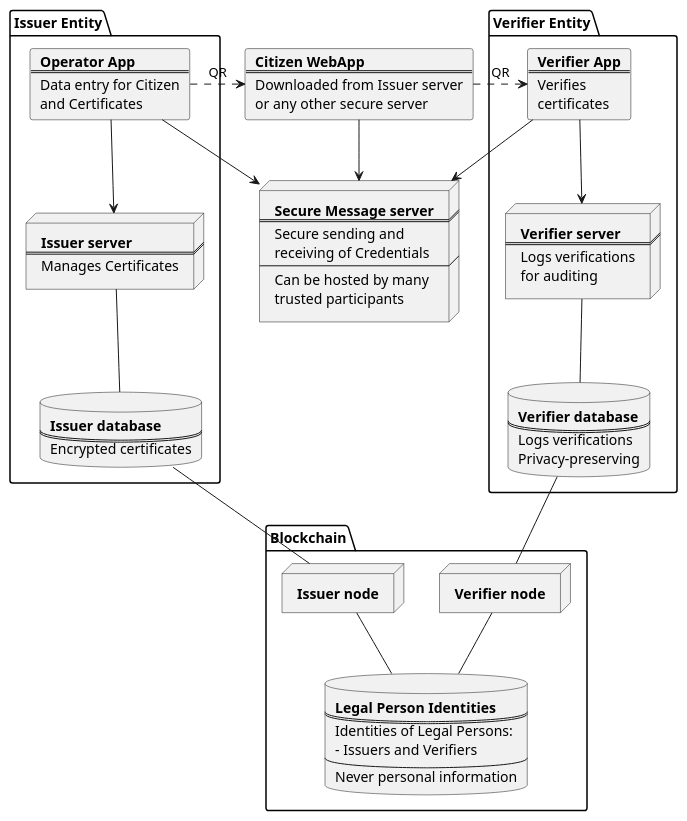
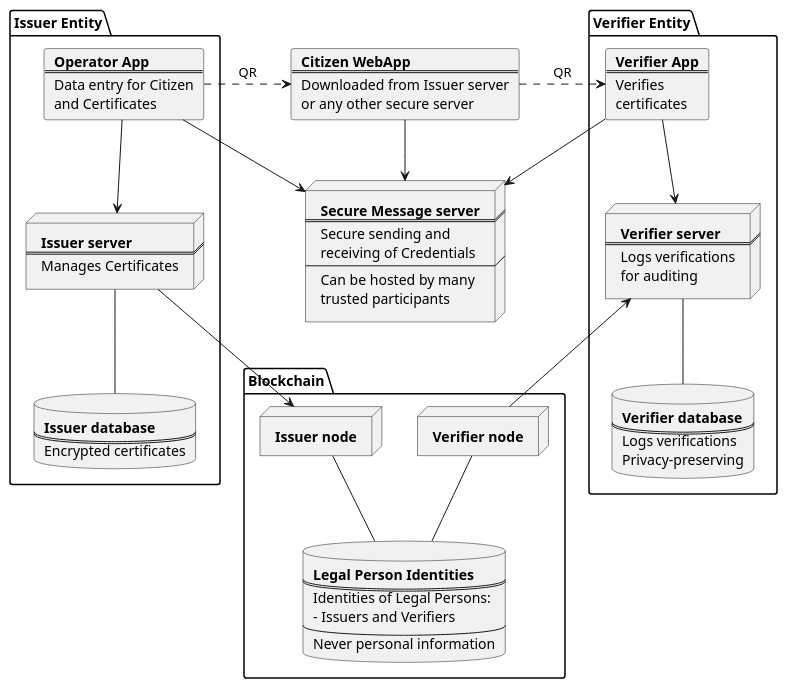
Before and after one commit to kemalbehram/SafeIsland: the diagram in images/SafeIsland_Components.puml, drawn with PlantUML.

```diff
--- a/images/SafeIsland_Components.puml
+++ b/images/SafeIsland_Components.puml
@@ -1,110 +1,110 @@
 @startuml SafeIsland_Components
 package "Issuer Entity" {
 
   card OperatorApp [
     <b>Operator App
     ====
     Data entry for Citizen
     and Certificates
   ]
 
 
   node IssuerServer [
     <b>Issuer server
     ====
     Manages Certificates
   ]
 
   database IssuerDatabase [
     <b>Issuer database
     ====
     Encrypted certificates
   ]
 
 }
 
+  card CitizenApp [
+    <b>Citizen WebApp
+    ====
+    Downloaded from Issuer server
+    or any other secure server
+  ]
+
   node SecureMessageServer [
     <b>Secure Message server
     ====
     Secure sending and
     receiving of Credentials
     ---
     Can be hosted by many
     trusted participants
   ]
-
-card CitizenApp [
-  <b>Citizen WebApp
-  ====
-  Downloaded from Issuer server
-  or any other secure server
-]
 
 
 
 package "Verifier Entity" {
 
   card VerifierApp [
     <b>Verifier App
     ====
     Verifies
     certificates
   ]
 
 
   node VerifierServer [
     <b>Verifier server
     ====
     Logs verifications
     for auditing
   ]
 
   database VerifierDatabase [
     <b>Verifier database
     ====
     Logs verifications
     Privacy-preserving
   ]
 
 
 }
 
 package Blockchain {
 
   database Identities [
     <b>Legal Person Identities
     ====
     Identities of Legal Persons:
     - Issuers and Verifiers
     ----
     Never personal information
   ]
 
   node VerifierNode [
     <b>Verifier node
   ]
 
   node IssuerNode [
     <b>Issuer node
   ]
 
 }
 
 OperatorApp .r.> CitizenApp: QR
 OperatorApp --> IssuerServer
 IssuerServer -- IssuerDatabase
 OperatorApp --> SecureMessageServer
 CitizenApp --> SecureMessageServer
 CitizenApp .r.> VerifierApp: QR
 VerifierApp --> SecureMessageServer
 
 VerifierApp --> VerifierServer
 VerifierServer -- VerifierDatabase
 
-IssuerDatabase -- IssuerNode
-VerifierDatabase -- VerifierNode
+IssuerServer --> IssuerNode
+VerifierNode -u-> VerifierServer
 
 IssuerNode -- Identities
 VerifierNode -- Identities
 
 @enduml
```
